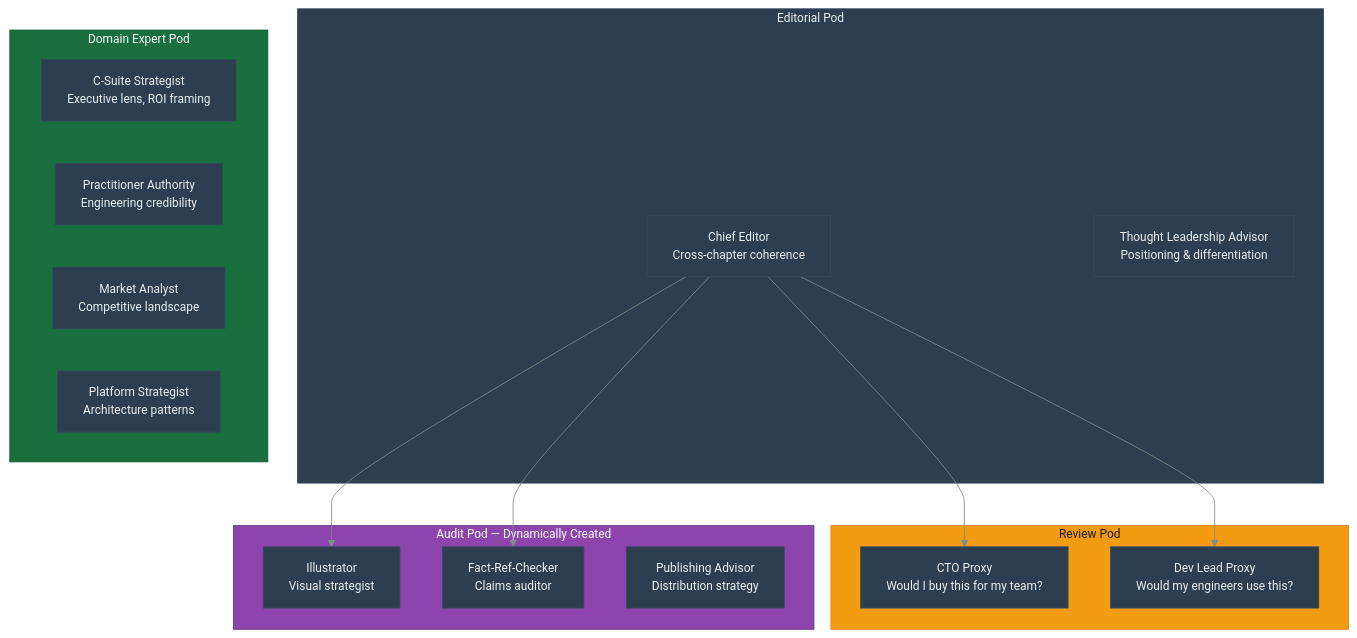
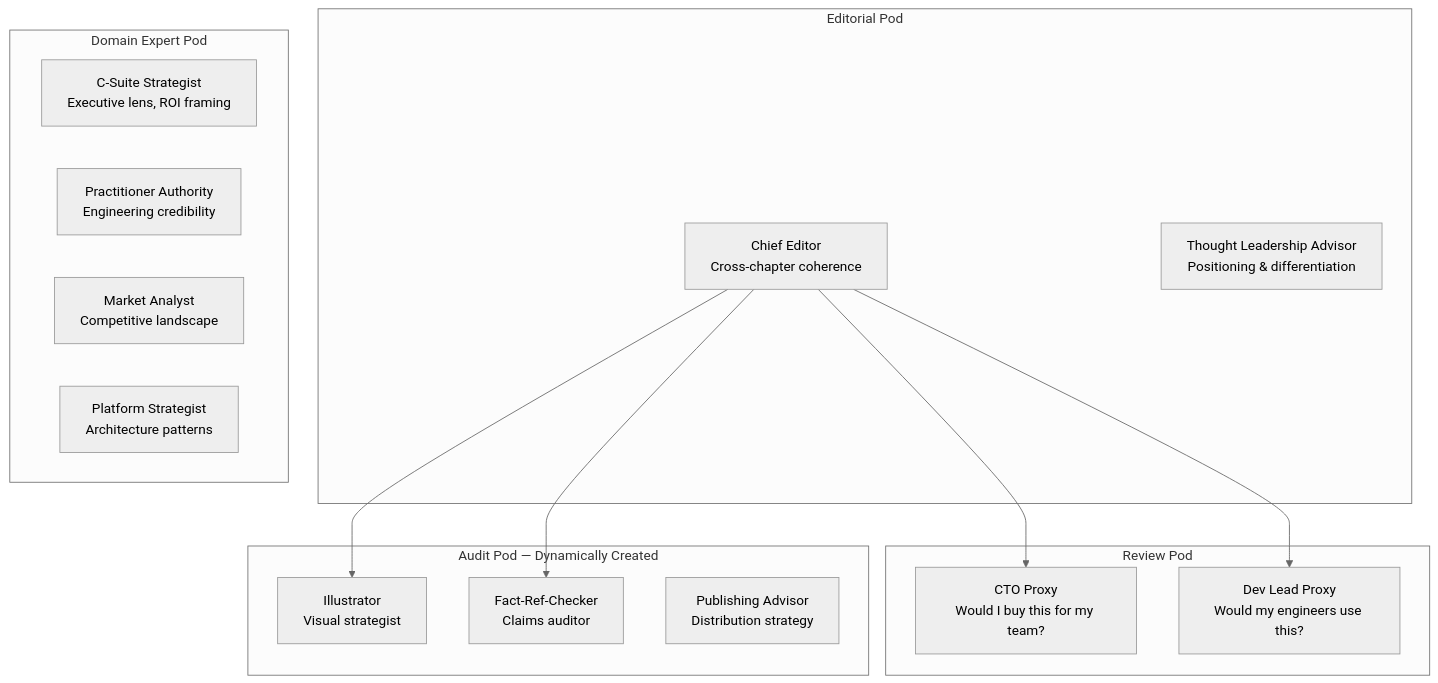
The first of 4 diagrams in case-study-handbook-writing.qmd (danielmeppiel/agentic-sdlc-handbook), drawn with Mermaid before and after one commit. The commit also changed other lines of this file and 15 other files, not shown here.

First line of the commit message:
fix: strip custom colors, use Mermaid neutral theme for clean diagrams

````diff
--- a/case-study-handbook-writing.qmd
+++ b/case-study-handbook-writing.qmd
@@ -32,40 +32,36 @@
 ```{mermaid}
 %%| fig-width: 4.5
 %%| fig-cap: "Agent team topology: 11 personas organized in four pods"
 %%| fig-alt: "Diagram showing four pods. The Editorial Pod contains Chief Editor (cross-chapter coherence) and Thought Leadership Advisor (positioning and differentiation). The Domain Expert Pod contains C-Suite Strategist (executive lens, ROI framing), Practitioner Authority (engineering credibility), Market Analyst (competitive landscape), and Platform Strategist (architecture patterns). The Review Pod contains CTO Proxy (would I buy this for my team?) and Dev Lead Proxy (would my engineers use this?). The Audit Pod, dynamically created, contains Illustrator (visual strategist), Fact-Ref-Checker (claims auditor), and Publishing Advisor (distribution strategy). Chief Editor connects to CTO Proxy, Dev Lead Proxy, Illustrator, and Fact-Ref-Checker."
 %%| label: fig-cs-team-topology
-%%{init: {'theme': 'base', 'themeVariables': {'primaryColor': '#2c3e50', 'primaryTextColor': '#ecf0f1', 'primaryBorderColor': '#34495e', 'lineColor': '#7f8c8d', 'secondaryColor': '#2874a6', 'tertiaryColor': '#ecf0f1', 'fontSize': '14px'}}}%%
+%%{init: {'theme': 'neutral'}}%%
 graph TB
     subgraph Editorial["Editorial Pod"]
         CE[Chief Editor<br/>Cross-chapter coherence]
         TLA[Thought Leadership Advisor<br/>Positioning & differentiation]
     end
 
     subgraph Domain["Domain Expert Pod"]
         CS[C-Suite Strategist<br/>Executive lens, ROI framing]
         PA[Practitioner Authority<br/>Engineering credibility]
         MA[Market Analyst<br/>Competitive landscape]
         PS[Platform Strategist<br/>Architecture patterns]
     end
 
     subgraph Review["Review Pod"]
         CTO[CTO Proxy<br/>Would I buy this for my team?]
         DL[Dev Lead Proxy<br/>Would my engineers use this?]
     end
 
     subgraph Audit["Audit Pod — Dynamically Created"]
         IL[Illustrator<br/>Visual strategist]
         FC[Fact-Ref-Checker<br/>Claims auditor]
         PB[Publishing Advisor<br/>Distribution strategy]
     end
 
     CE --> CTO
     CE --> DL
     CE --> IL
     CE --> FC
 
-    style Editorial fill:#2c3e50,stroke:#34495e,color:#ecf0f1
-    style Domain fill:#196f3d,stroke:#145a32,color:#fff
-    style Review fill:#f39c12,stroke:#e67e22,color:#1a1a1a
-    style Audit fill:#8e44ad,stroke:#6c3483,color:#fff
 ```
````
